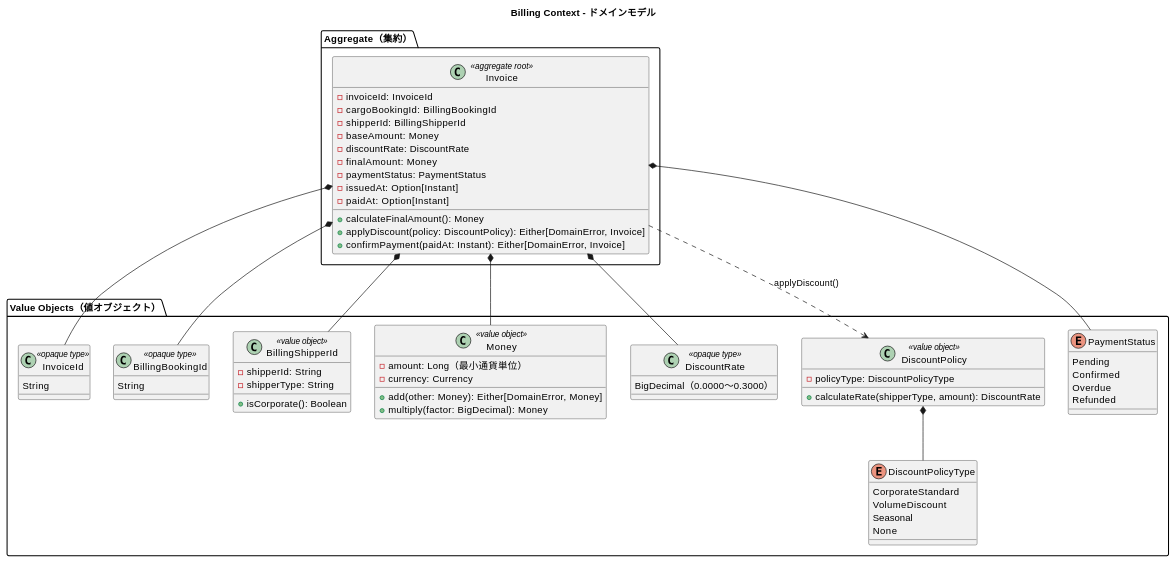
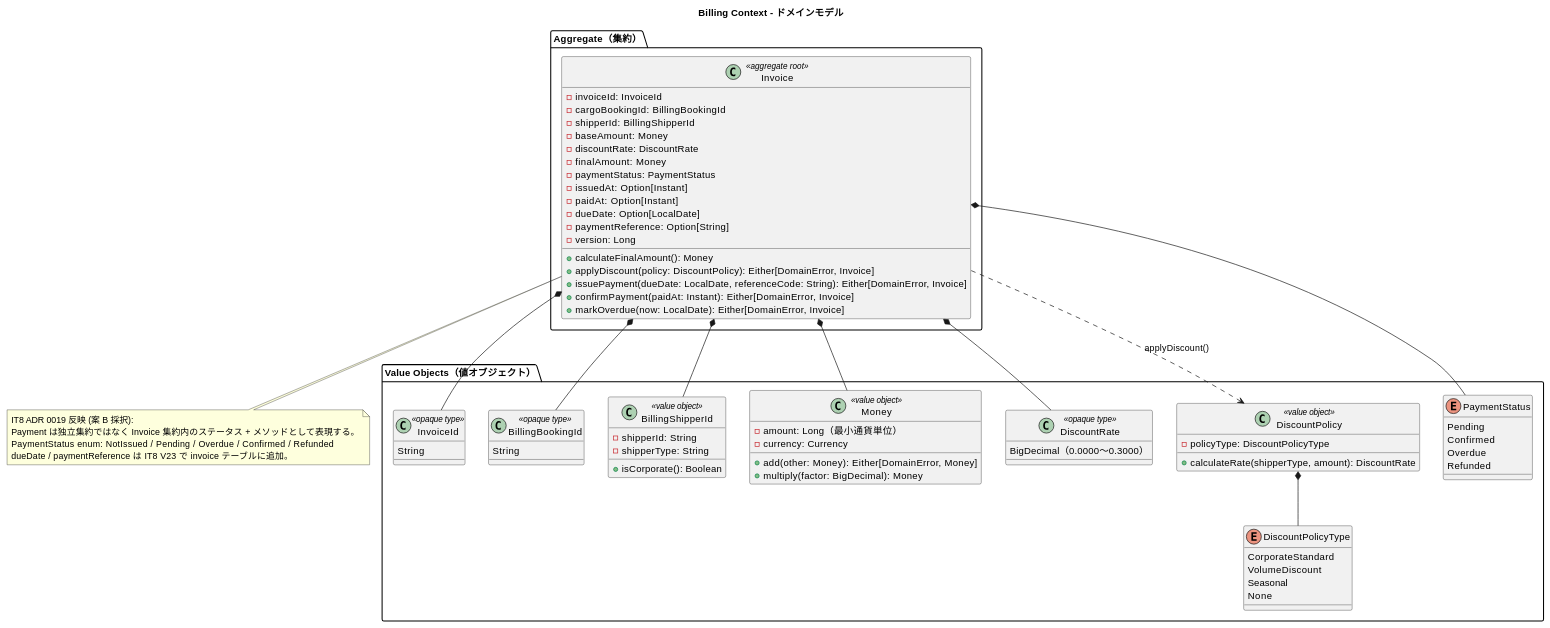
One commit to k2works/case-study-cargo-tracker changed the eighth of 11 diagrams in docs/design/domain-model.md. Above: the diagram before and after it, drawn with PlantUML. The commit also changed 4 other files, not shown here.

```diff
--- a/docs/design/domain-model.md
+++ b/docs/design/domain-model.md
@@ -921,11 +921,23 @@
     -paymentStatus: PaymentStatus
     -issuedAt: Option[Instant]
     -paidAt: Option[Instant]
+    -dueDate: Option[LocalDate]
+    -paymentReference: Option[String]
+    -version: Long
     +calculateFinalAmount(): Money
     +applyDiscount(policy: DiscountPolicy): Either[DomainError, Invoice]
+    +issuePayment(dueDate: LocalDate, referenceCode: String): Either[DomainError, Invoice]
     +confirmPayment(paidAt: Instant): Either[DomainError, Invoice]
+    +markOverdue(now: LocalDate): Either[DomainError, Invoice]
   }
 }
+
+note bottom of Invoice
+  IT8 ADR 0019 反映 (案 B 採択):
+  Payment は独立集約ではなく Invoice 集約内のステータス + メソッドとして表現する。
+  PaymentStatus enum: NotIssued / Pending / Overdue / Confirmed / Refunded
+  dueDate / paymentReference は IT8 V23 で invoice テーブルに追加。
+end note
 
 package "Value Objects（値オブジェクト）" {
   class InvoiceId <<opaque type>> {
```
